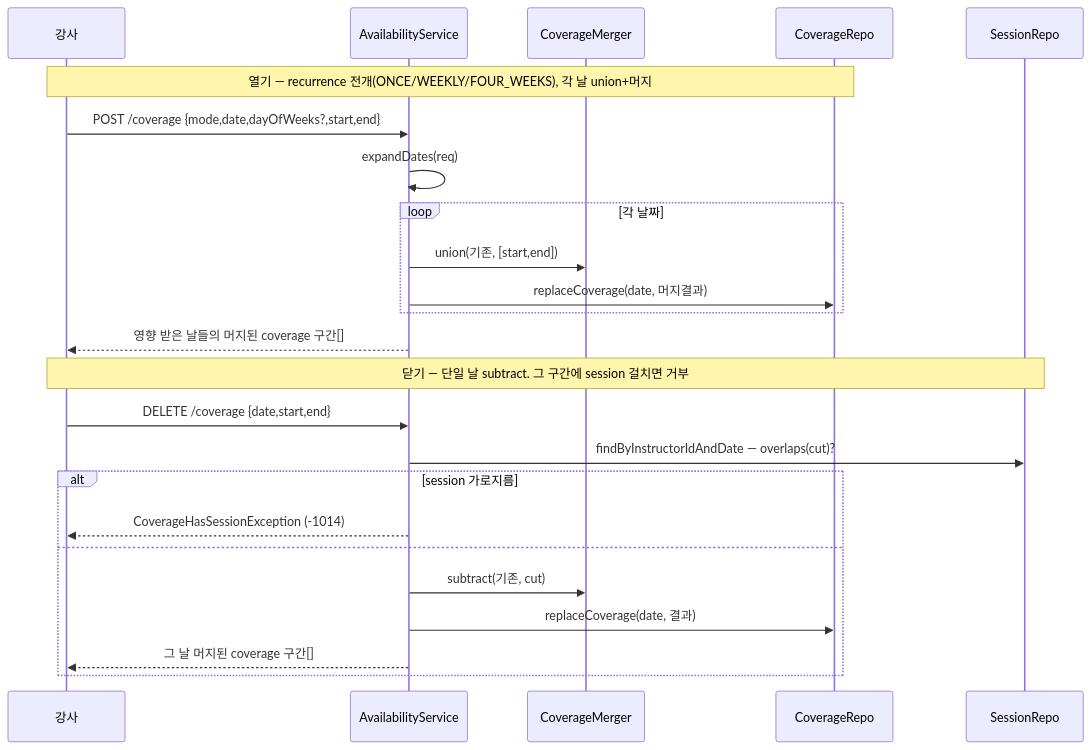
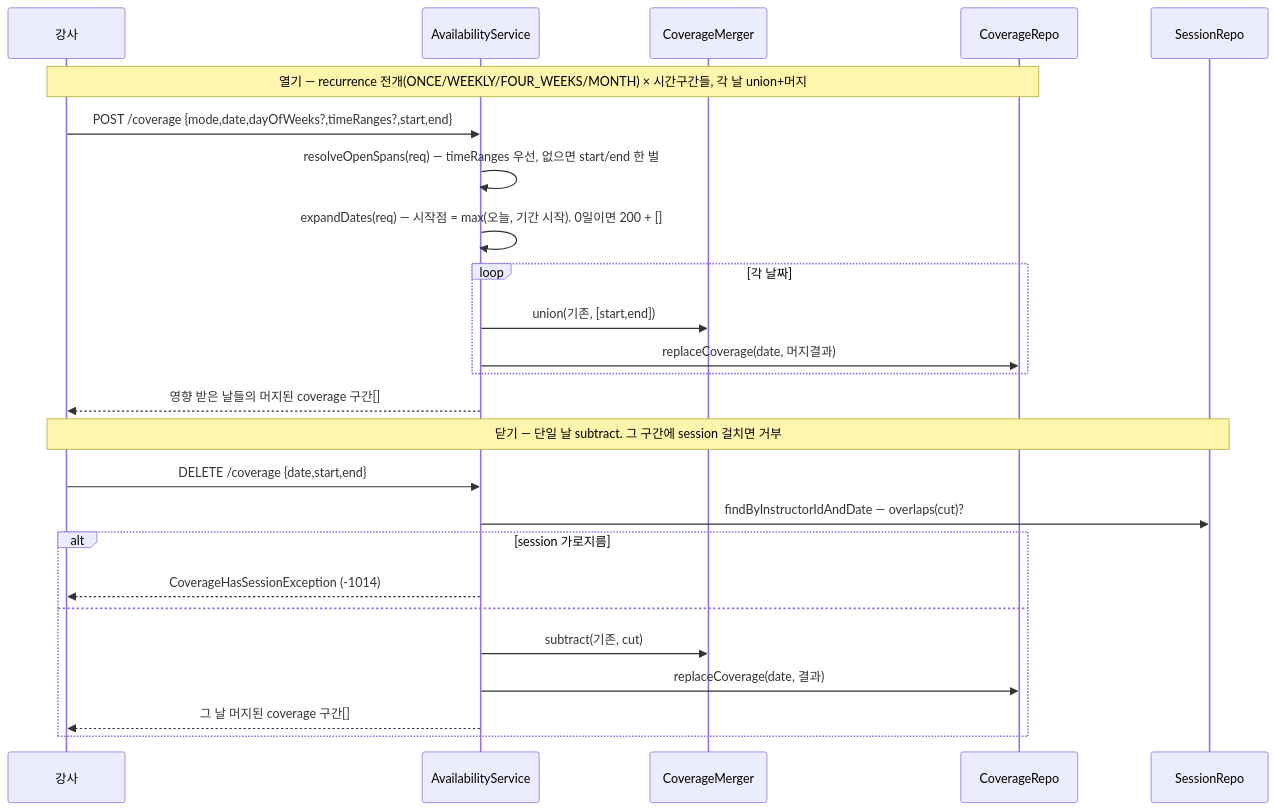
Before and after one commit to pungdong/Pungdong-Backend: the third of 5 diagrams in docs/architecture/availability.md, drawn with Mermaid. The commit also changed 1 other file, not shown here.

Commit message:
Docs: availability 문서에 MONTH·시작점 clamp·timeRanges 반영
도메인 문서(흐름 다이어그램)와 피처 문서(정책·왜)를 같은 PR 에서 맞춘다.
피처 문서엔 "반복 전개 = 어느 기간이지 언제부터가 아니다" 절을 새로 두고,
9/15·9/2 실패 사례와 "실패가 에러가 아니라 덜 열림이라 더 나쁘다" 를 남긴다.

````diff
--- a/docs/architecture/availability.md
+++ b/docs/architecture/availability.md
@@ -69,28 +69,29 @@
 ```mermaid
 sequenceDiagram
   participant I as 강사
   participant S as AvailabilityService
   participant M as CoverageMerger
   participant CR as CoverageRepo
   participant SR as SessionRepo
 
-  Note over I,CR: 열기 — recurrence 전개(ONCE/WEEKLY/FOUR_WEEKS), 각 날 union+머지
-  I->>S: POST /coverage {mode,date,dayOfWeeks?,start,end}
-  S->>S: expandDates(req)
+  Note over I,CR: 열기 — recurrence 전개(ONCE/WEEKLY/FOUR_WEEKS/MONTH) × 시간구간들, 각 날 union+머지
+  I->>S: POST /coverage {mode,date,dayOfWeeks?,timeRanges?,start,end}
+  S->>S: resolveOpenSpans(req) — timeRanges 우선, 없으면 start/end 한 벌
+  S->>S: expandDates(req) — 시작점 = max(오늘, 기간 시작). 0일이면 200 + []
   loop 각 날짜
     S->>M: union(기존, [start,end])
     S->>CR: replaceCoverage(date, 머지결과)
   end
   S-->>I: 영향 받은 날들의 머지된 coverage 구간[]
 
   Note over I,SR: 닫기 — 단일 날 subtract. 그 구간에 session 걸치면 거부
   I->>S: DELETE /coverage {date,start,end}
   S->>SR: findByInstructorIdAndDate — overlaps(cut)?
   alt session 가로지름
     S-->>I: CoverageHasSessionException (-1014)
   else
     S->>M: subtract(기존, cut)
     S->>CR: replaceCoverage(date, 결과)
     S-->>I: 그 날 머지된 coverage 구간[]
   end
 ```
````
